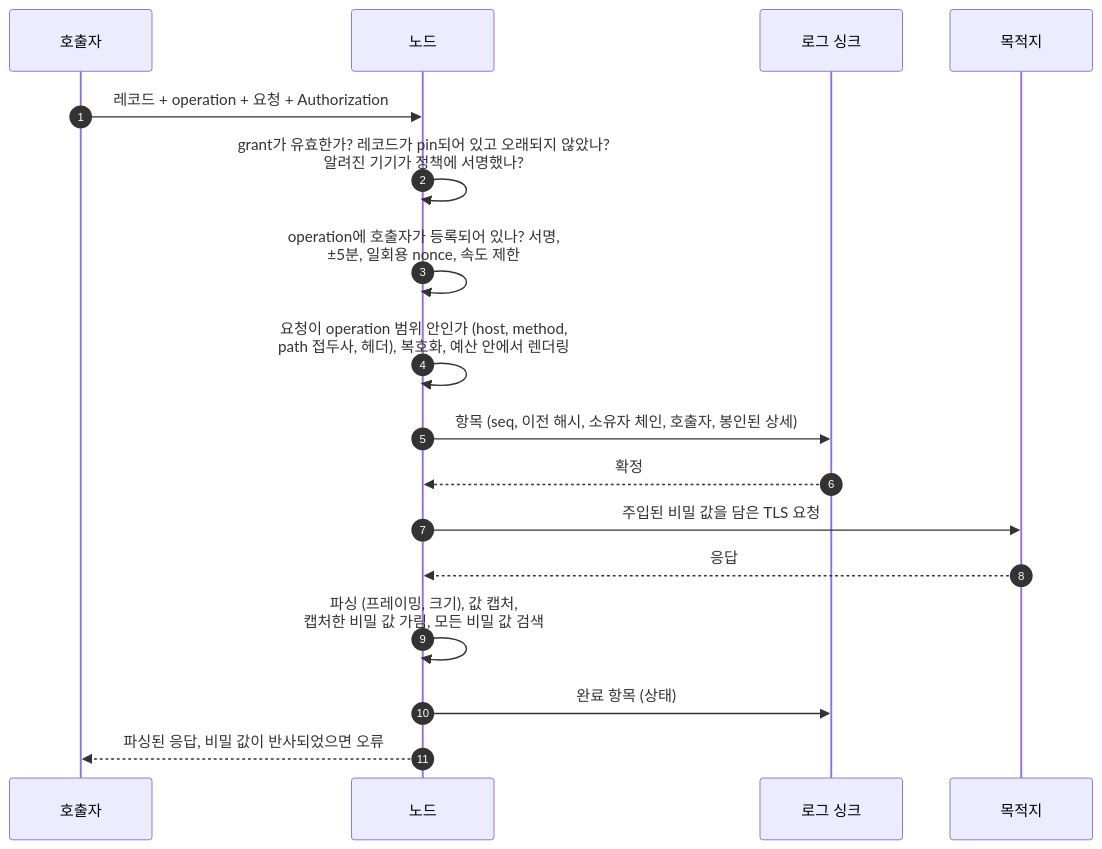
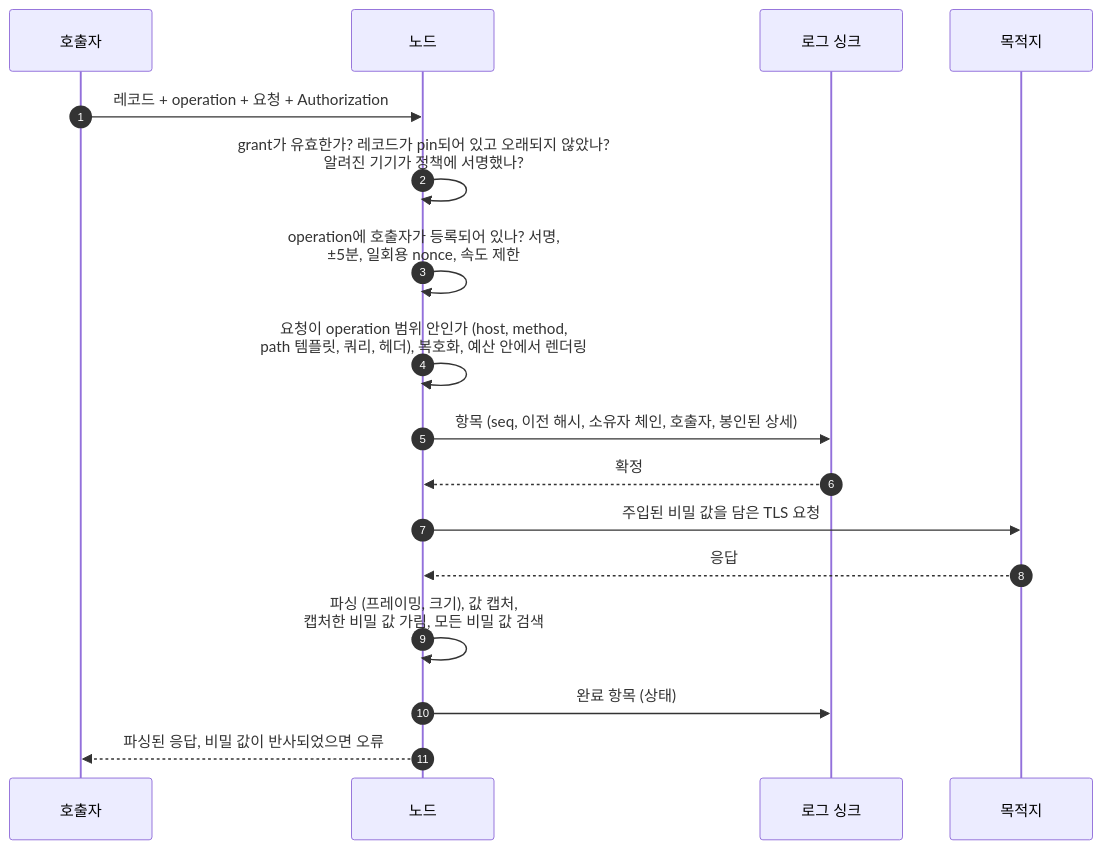
One commit to BloubHQ/credentials changed the second of 5 diagrams in docs/i18n/README.ko.md. Above: the diagram before and after it, drawn with Mermaid. The commit also changed other lines of this file and 55 other files, not shown here.

````diff
--- a/docs/i18n/README.ko.md
+++ b/docs/i18n/README.ko.md
@@ -79,19 +79,19 @@
 ```mermaid
 sequenceDiagram
     autonumber
     participant C as 호출자
     participant N as 노드
     participant L as 로그 싱크
     participant D as 목적지
     C->>N: 레코드 + operation + 요청 + Authorization
     N->>N: grant가 유효한가? 레코드가 pin되어 있고 오래되지 않았나?<br/>알려진 기기가 정책에 서명했나?
     N->>N: operation에 호출자가 등록되어 있나? 서명,<br/>±5분, 일회용 nonce, 속도 제한
-    N->>N: 요청이 operation 범위 안인가 (host, method,<br/>path 접두사, 헤더), 복호화, 예산 안에서 렌더링
+    N->>N: 요청이 operation 범위 안인가 (host, method,<br/>path 템플릿, 쿼리, 헤더), 복호화, 예산 안에서 렌더링
     N->>L: 항목 (seq, 이전 해시, 소유자 체인, 호출자, 봉인된 상세)
     L-->>N: 확정
     N->>D: 주입된 비밀 값을 담은 TLS 요청
     D-->>N: 응답
     N->>N: 파싱 (프레이밍, 크기), 값 캡처,<br/>캡처한 비밀 값 가림, 모든 비밀 값 검색
     N->>L: 완료 항목 (상태)
     N-->>C: 파싱된 응답, 비밀 값이 반사되었으면 오류
 ```
````
